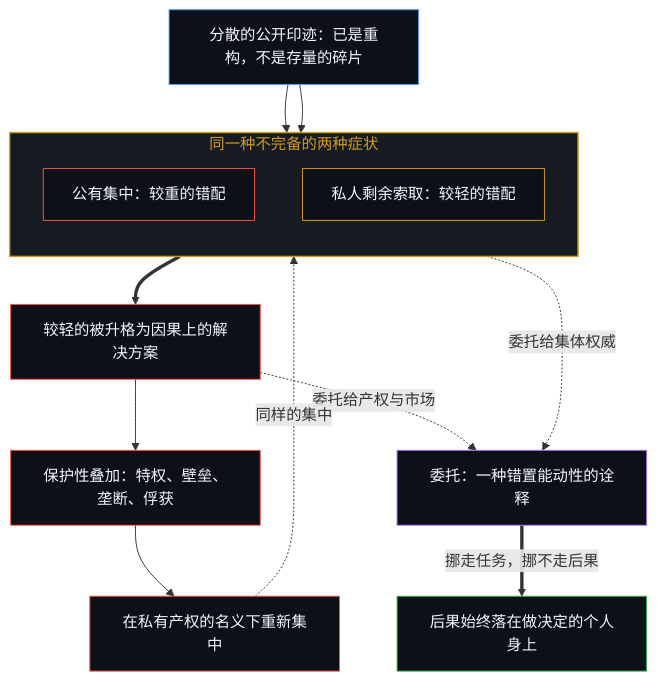
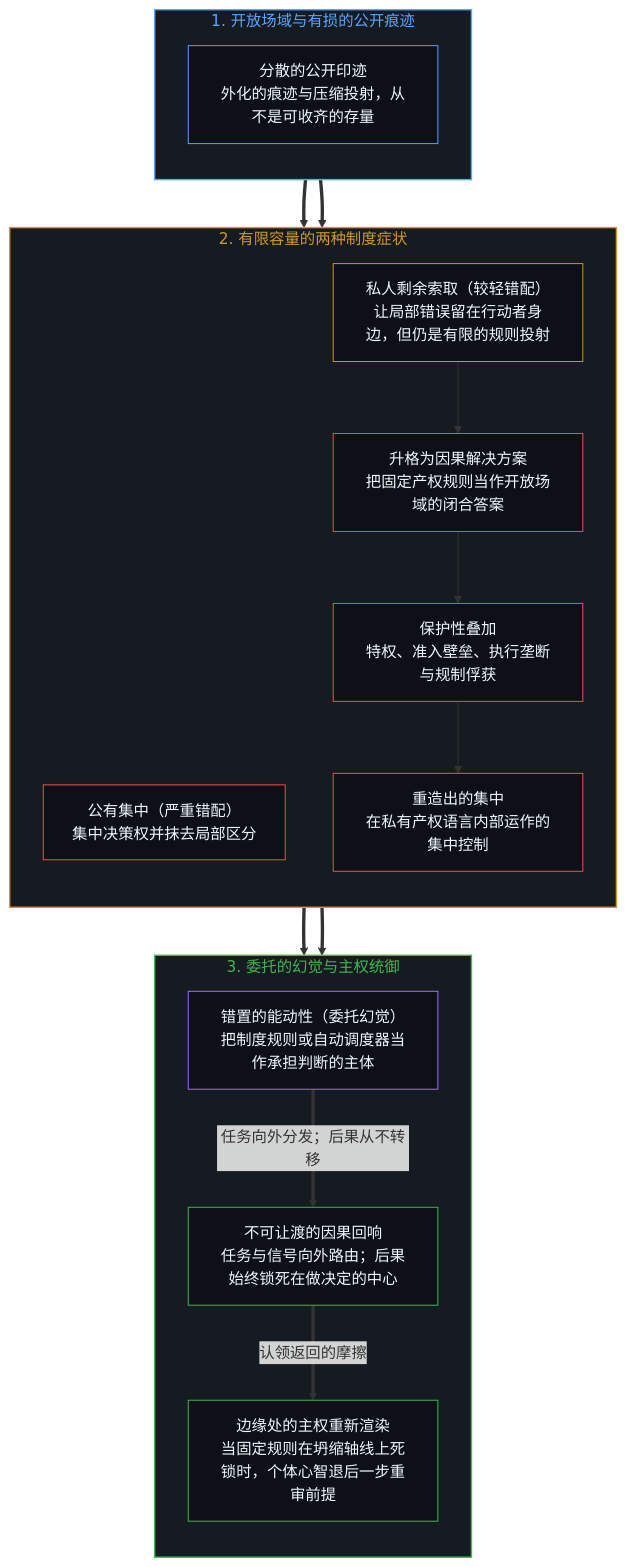
The first of 2 diagrams in content/posts/the-knowledge-problem-and-the-illusion-of-delegation.md (powerpig99/not-a-toe), drawn with Mermaid before and after one commit. The commit also changed other lines of this file and 1 other file, not shown here.

````diff
--- a/content/posts/the-knowledge-problem-and-the-illusion-of-delegation.md
+++ b/content/posts/the-knowledge-problem-and-the-illusion-of-delegation.md
@@ -75,30 +75,44 @@
 ```mermaid
 flowchart TD
-    K["分散的公开印迹：已是重构，不是存量的碎片"]
-    subgraph S_Sym["同一种不完备的两种症状"]
+    subgraph S_Field["1. 开放场域与有损的公开痕迹"]
         direction TB
-        P1["公有集中：较重的错配"]
-        P2["私人剩余索取：较轻的错配"]
+        K["分散的公开印迹<br/>外化的痕迹与压缩投射，从不是可收齐的存量"]
     end
-    E["较轻的被升格为因果上的解决方案"]
-    O["保护性叠加：特权、壁垒、垄断、俘获"]
-    C["在私有产权的名义下重新集中"]
-    D["委托：一种错置能动性的诠释"]
-    I["后果始终落在做决定的个人身上"]
-    K --> P1
-    K --> P2
-    P2 ==> E --> O --> C
-    C -.->|"同样的集中"| P1
-    D ==>|"挪走任务，挪不走后果"| I
-    P1 -.->|"委托给集体权威"| D
-    E -.->|"委托给产权与市场"| D
+
+    subgraph S_Sym["2. 有限容量的两种制度症状"]
+        direction TB
+        P1["公有集中（严重错配）<br/>集中决策权并抹去局部区分"]
+        P2["私人剩余索取（较轻错配）<br/>让局部错误留在行动者身边，但仍是有限的规则投射"]
+        E["升格为因果解决方案<br/>把固定产权规则当作开放场域的闭合答案"]
+        O["保护性叠加<br/>特权、准入壁垒、执行垄断与规制俘获"]
+        C["重造出的集中<br/>在私有产权语言内部运作的集中控制"]
+        P2 --> E --> O --> C
+    end
+
+    subgraph S_Del["3. 委托的幻觉与主权统御"]
+        direction TB
+        D["错置的能动性（委托幻觉）<br/>把制度规则或自动调度器当作承担判断的主体"]
+        I["不可让渡的因果回响<br/>任务与信号向外路由；后果始终锁死在做决定的中心"]
+        S["边缘处的主权重新渲染<br/>当固定规则在坍缩轴线上死锁时，个体心智退后一步重审前提"]
+        D ==>|"任务向外分发；后果从不转移"| I
+        I ==>|"认领返回的摩擦"| S
+    end
+
+    K ==> P1
+    K ==> P2
+    P1 ==> D
+    C ==> D
+
+    style S_Field fill:#161b22,stroke:#58a6ff,stroke-width:1.5px,color:#58a6ff
     style S_Sym fill:#161b22,stroke:#d29922,stroke-width:1.5px,color:#d29922
+    style S_Del fill:#161b22,stroke:#3fb950,stroke-width:1.5px,color:#3fb950
     style K fill:#0d1117,stroke:#58a6ff,stroke-width:1px,color:#f0f6fc
     style P1 fill:#0d1117,stroke:#f85149,stroke-width:1px,color:#f0f6fc
     style P2 fill:#0d1117,stroke:#d29922,stroke-width:1px,color:#f0f6fc
     style E fill:#0d1117,stroke:#f85149,stroke-width:1px,color:#f0f6fc
     style O fill:#0d1117,stroke:#f85149,stroke-width:1px,color:#f0f6fc
     style C fill:#0d1117,stroke:#f85149,stroke-width:1px,color:#f0f6fc
     style D fill:#0d1117,stroke:#a371f7,stroke-width:1px,color:#f0f6fc
     style I fill:#0d1117,stroke:#3fb950,stroke-width:1px,color:#f0f6fc
+    style S fill:#0d1117,stroke:#3fb950,stroke-width:1px,color:#f0f6fc
 ```
````
